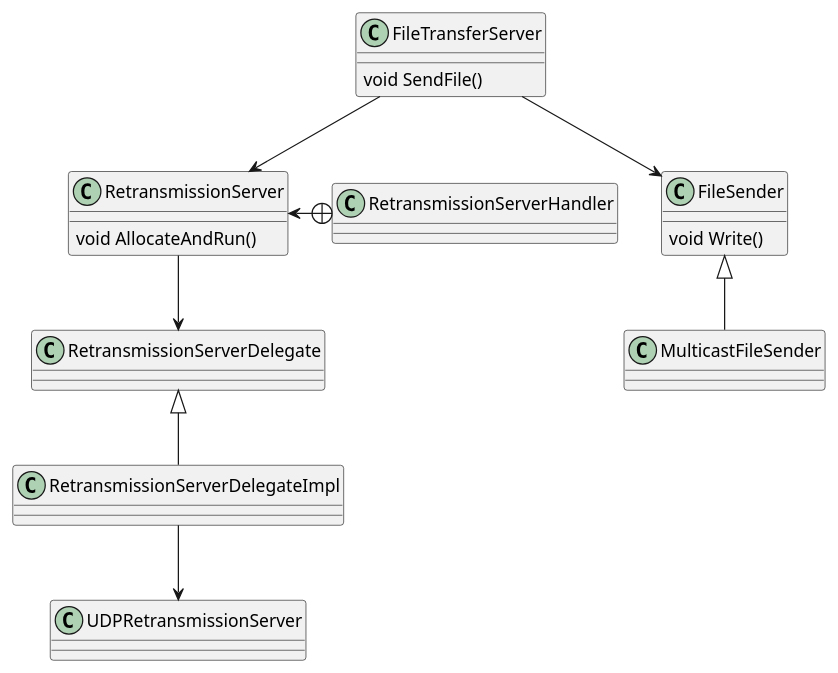
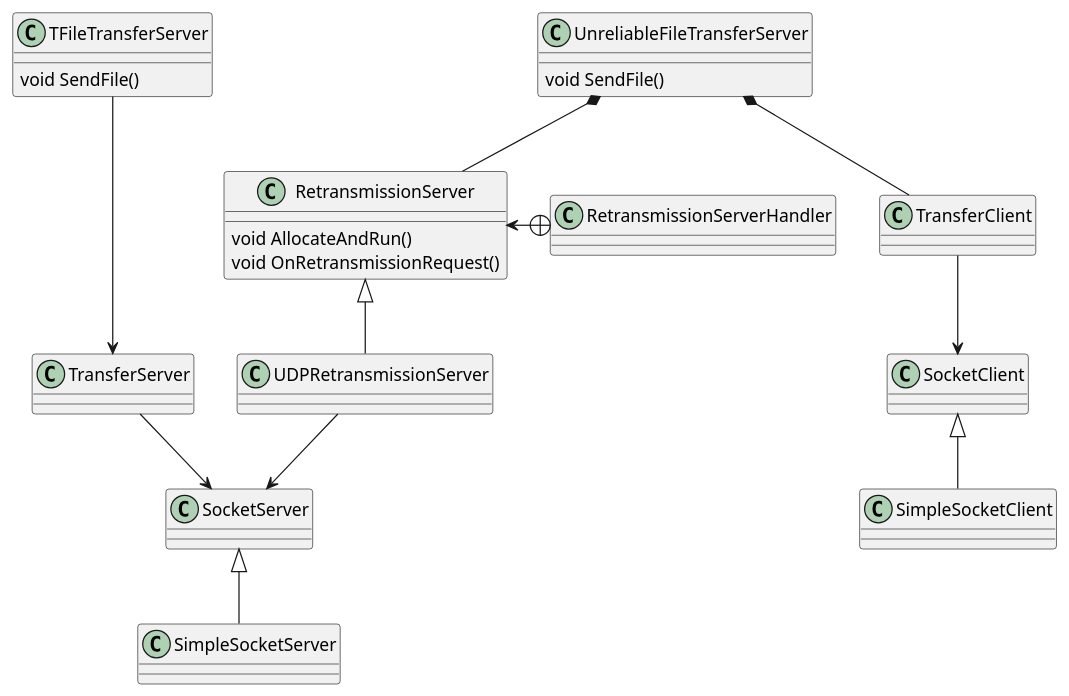
The diagram in server.md (shmilycode/file_transfer_design), drawn with PlantUML before and after one commit. The commit also changed 2 other files, not shown here.

```diff
--- a/server.md
+++ b/server.md
@@ -1,22 +1,29 @@
 @startuml
 
 class RetransmissionServer{
   void AllocateAndRun()
+  void OnRetransmissionRequest()
 }
 
-class FileSender{
-  void Write()
+class TransferServer{
 }
 
-class FileTransferServer{
+class UnreliableFileTransferServer{
   void SendFile()
 }
 
-FileTransferServer --> RetransmissionServer
-FileTransferServer --> FileSender
-FileSender <|-- MulticastFileSender
+class TFileTransferServer {
+  void SendFile()
+}
+
+UnreliableFileTransferServer *-- RetransmissionServer
+TFileTransferServer ---> TransferServer
+UnreliableFileTransferServer *-- TransferClient 
+TransferClient --> SocketClient 
+TransferServer --> SocketServer
+SocketServer <|-- SimpleSocketServer
 RetransmissionServer <-+ RetransmissionServerHandler
-RetransmissionServer --> RetransmissionServerDelegate
-RetransmissionServerDelegate <|-- RetransmissionServerDelegateImpl
-RetransmissionServerDelegateImpl --> UDPRetransmissionServer
+RetransmissionServer <|-- UDPRetransmissionServer
+UDPRetransmissionServer --> SocketServer
+SocketClient <|-- SimpleSocketClient
 @enduml
```
